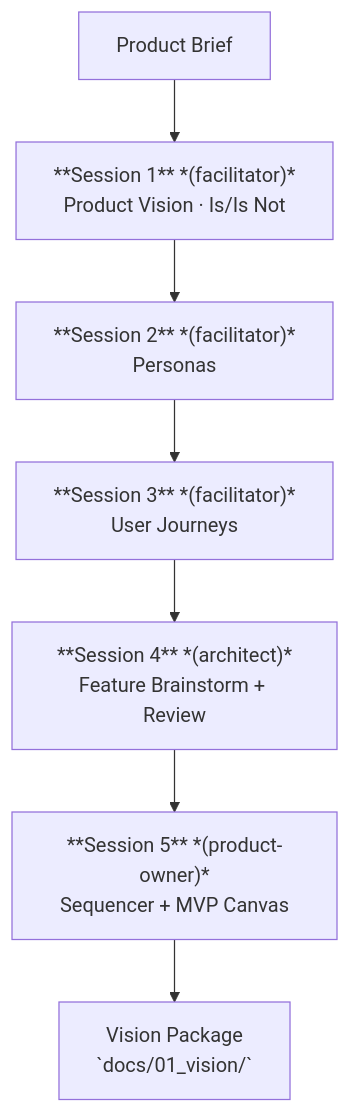
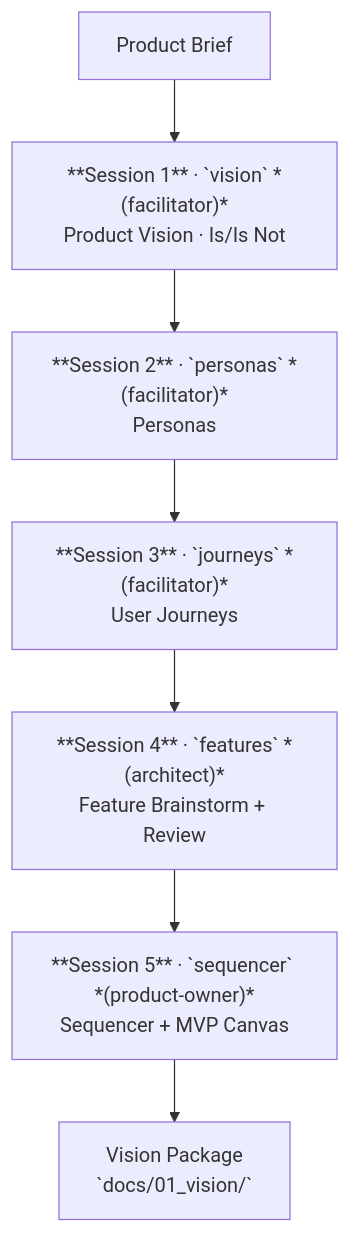
Before and after one commit to robypomper/wingfoil: the second of 23 diagrams in .wingfoil/WORKFLOW.md, drawn with Mermaid. The commit also changed other lines of this file and 1 other file, not shown here.

Commit message:
fix(workflow): task-148 — WORKFLOW.md draws release-cycle's seven phases, release-planning's eight, user-docs and e2e-smoke; align-agent-docs produces WORKFLOW.md, user-docs 1.2 (bug-170)

````diff
--- a/.wingfoil/WORKFLOW.md
+++ b/.wingfoil/WORKFLOW.md
@@ -35,14 +35,14 @@
 ```mermaid
 flowchart TD
     PB["Product Brief"]
 
-    S1["**Session 1** *(facilitator)*\nProduct Vision · Is/Is Not"]
-    S2["**Session 2** *(facilitator)*\nPersonas"]
-    S3["**Session 3** *(facilitator)*\nUser Journeys"]
-    S4["**Session 4** *(architect)*\nFeature Brainstorm + Review"]
-    S5["**Session 5** *(product-owner)*\nSequencer + MVP Canvas"]
+    S1["**Session 1** · `vision` *(facilitator)*\nProduct Vision · Is/Is Not"]
+    S2["**Session 2** · `personas` *(facilitator)*\nPersonas"]
+    S3["**Session 3** · `journeys` *(facilitator)*\nUser Journeys"]
+    S4["**Session 4** · `features` *(architect)*\nFeature Brainstorm + Review"]
+    S5["**Session 5** · `sequencer` *(product-owner)*\nSequencer + MVP Canvas"]
 
     VP["Vision Package\n`docs/01_vision/`"]
 
     PB --> S1 --> S2 --> S3 --> S4 --> S5 --> VP
 ```
````
